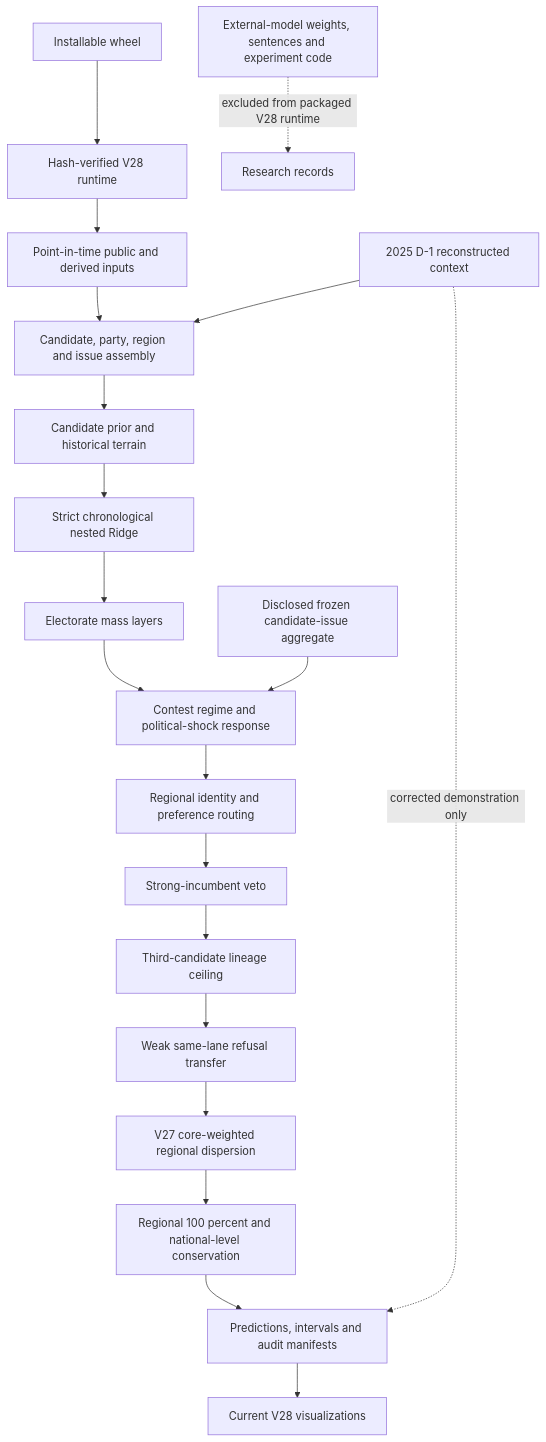
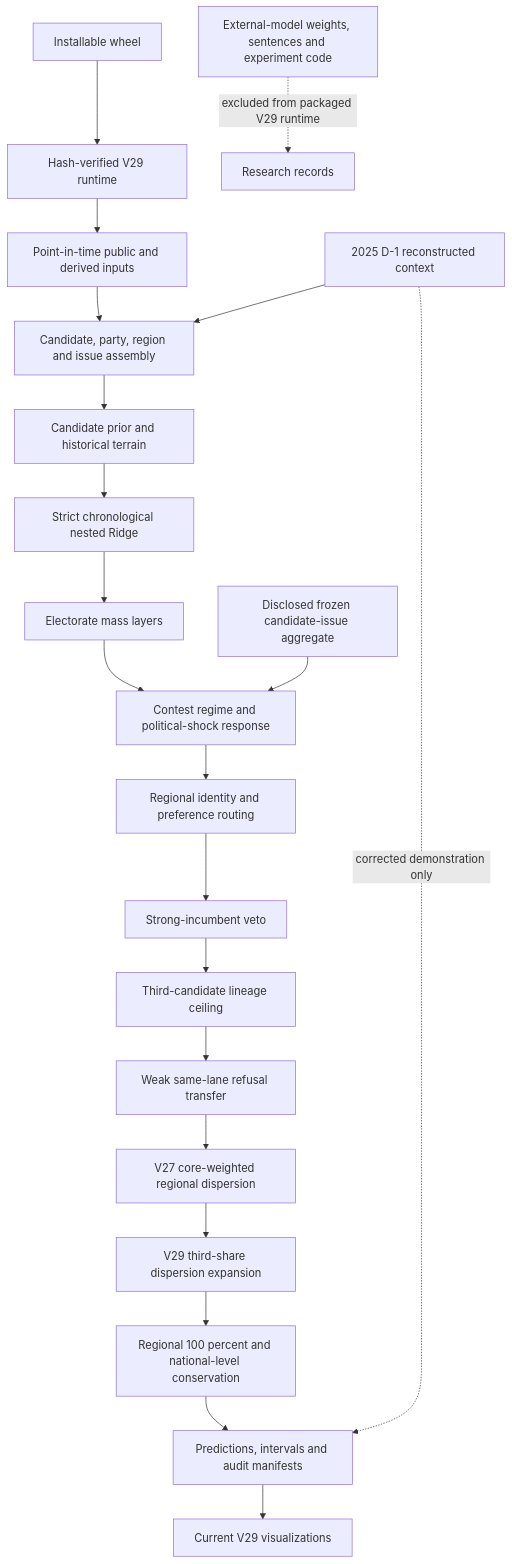
One commit to bamboosalt09-bam/election-forecast changed the diagram in docs/ARCHITECTURE.md. Above: the diagram before and after it, drawn with Mermaid. The commit also changed other lines of this file and 3 other files, not shown here.

````diff
--- a/docs/ARCHITECTURE.md
+++ b/docs/ARCHITECTURE.md
@@ -12,24 +14,25 @@
 ```mermaid
 flowchart TD
-    P[Installable wheel] --> Q[Hash-verified V28 runtime]
+    P[Installable wheel] --> Q[Hash-verified V29 runtime]
     Q --> A[Point-in-time public and derived inputs]
     A --> B[Candidate, party, region and issue assembly]
     B --> C[Candidate prior and historical terrain]
     C --> D[Strict chronological nested Ridge]
     D --> E[Electorate mass layers]
     E --> F[Contest regime and political-shock response]
     F --> G[Regional identity and preference routing]
     G --> H[Strong-incumbent veto]
     H --> I[Third-candidate lineage ceiling]
     I --> J[Weak same-lane refusal transfer]
     J --> K[V27 core-weighted regional dispersion]
-    K --> L[Regional 100 percent and national-level conservation]
+    K --> V[V29 third-share dispersion expansion]
+    V --> L[Regional 100 percent and national-level conservation]
     L --> M[Predictions, intervals and audit manifests]
-    M --> N[Current V28 visualizations]
+    M --> N[Current V29 visualizations]
 
     O[2025 D-1 reconstructed context] --> B
     O -. corrected demonstration only .-> M
 
-    R[External-model weights, sentences and experiment code] -. excluded from packaged V28 runtime .-> S[Research records]
+    R[External-model weights, sentences and experiment code] -. excluded from packaged V29 runtime .-> S[Research records]
     T[Disclosed frozen candidate-issue aggregate] --> F
 ```
````
